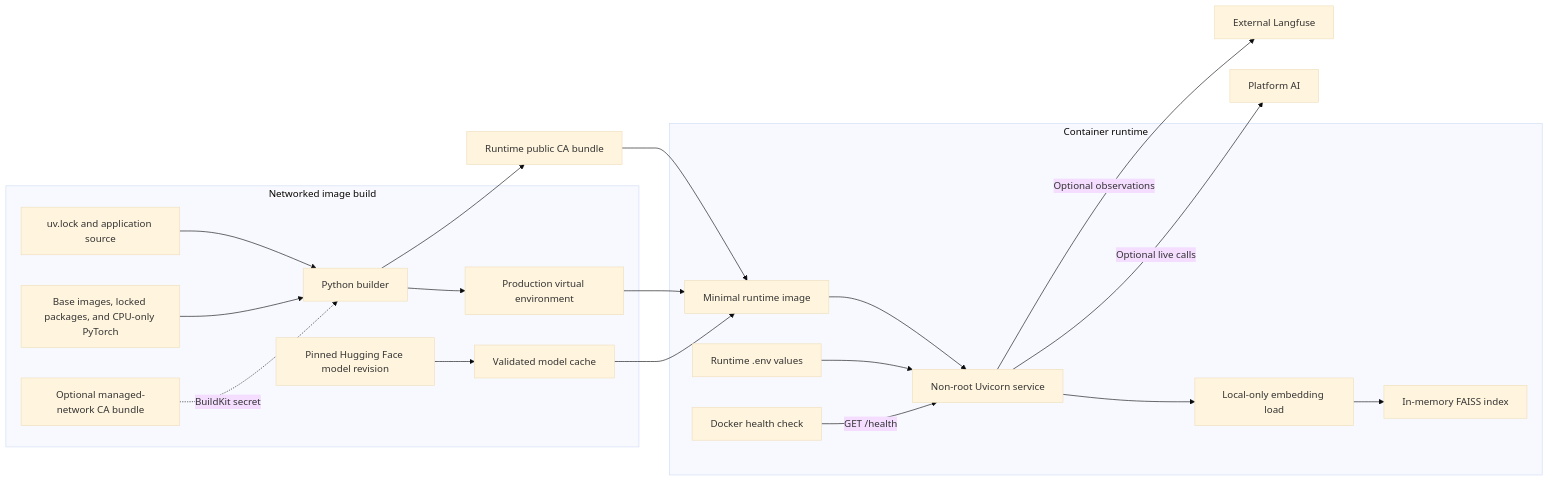
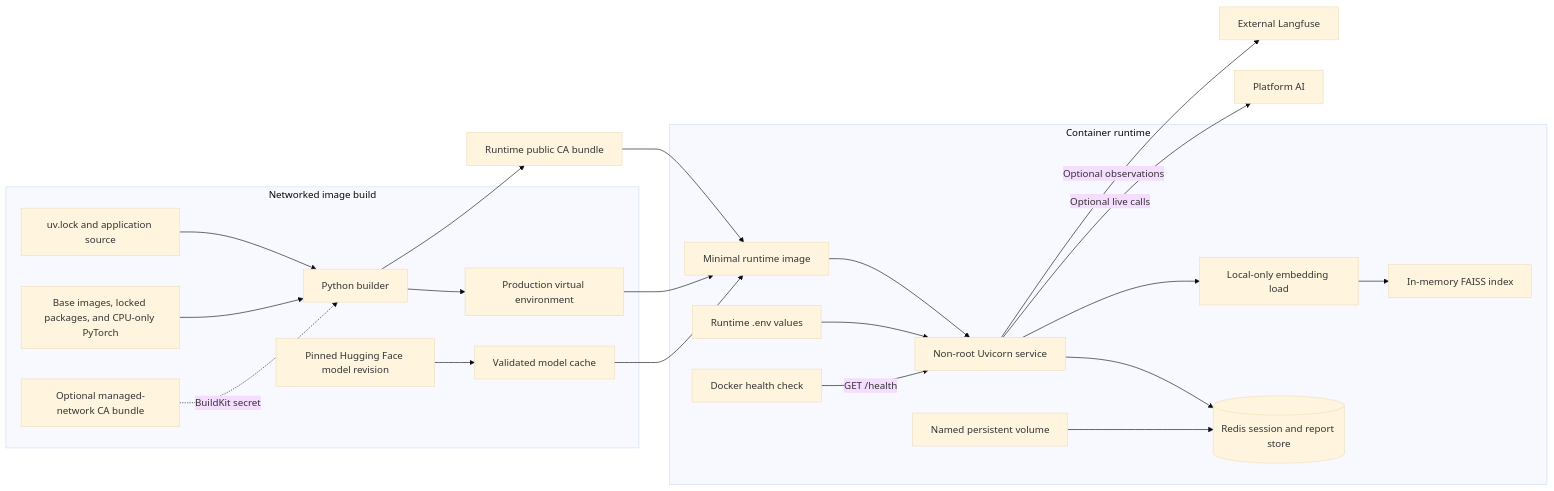
Diagram 15 of 16 in architecture.md (govtech-responsibleai/agentic-eval-toyapp), drawn with Mermaid (base theme) before and after one commit. The commit also changed other lines of this file and 18 other files, not shown here.

````diff
--- a/architecture.md
+++ b/architecture.md
@@ -1058,26 +1076,28 @@
 ```mermaid
 flowchart LR
     subgraph Build[Networked image build]
         Lock[uv.lock and application source] --> Builder[Python builder]
         Registry[Base images, locked packages, and CPU-only PyTorch] --> Builder
         HostCA[Optional managed-network CA bundle] -. BuildKit secret .-> Builder
         Hub[Pinned Hugging Face model revision] --> Cache[Validated model cache]
         Builder --> Venv[Production virtual environment]
     end
 
     Venv --> Image[Minimal runtime image]
     Cache --> Image
     Builder --> TrustedCA[Runtime public CA bundle]
     TrustedCA --> Image
 
     subgraph Runtime[Container runtime]
         Env[Runtime .env values] --> Service[Non-root Uvicorn service]
         Image --> Service
+        Service --> Redis[(Redis session and report store)]
+        Volume[Named persistent volume] --> Redis
         Service --> LocalModel[Local-only embedding load]
         LocalModel --> Index[In-memory FAISS index]
         Health[Docker health check] -->|GET /health| Service
     end
 
     Service -->|Optional live calls| PlatformAI[Platform AI]
     Service -->|Optional observations| Langfuse[External Langfuse]
 ```
````
